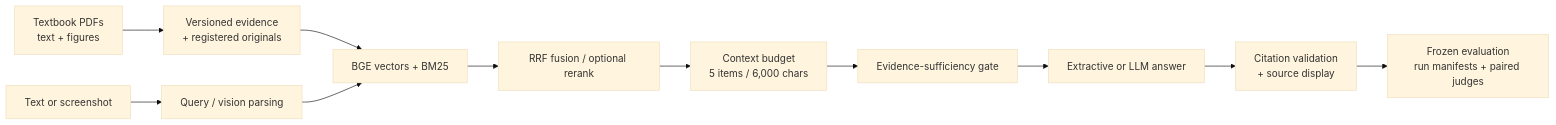
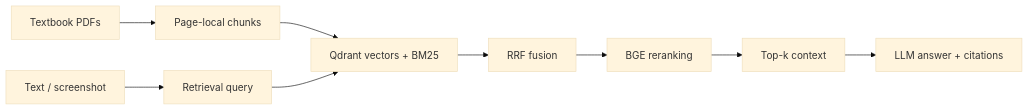
The diagram in README.md (YhxMo/medical-rag), drawn with Mermaid (base theme) before and after one commit. The commit also changed other lines of this file and 556 other files, not shown here.

Commit message:
feat: publish streamlined textbook RAG and evaluation records

````diff
--- a/README.md
+++ b/README.md
@@ -22,13 +10,11 @@
 ```mermaid
 flowchart LR
-  A[Textbook PDFs<br/>text + figures] --> B[Versioned evidence<br/>+ registered originals]
-  B --> C[BGE vectors + BM25]
-  Q[Text or screenshot] --> P[Query / vision parsing]
-  P --> C
-  C --> D[RRF fusion / optional rerank]
-  D --> E[Context budget<br/>5 items / 6,000 chars]
-  E --> F[Evidence-sufficiency gate]
-  F --> G[Extractive or LLM answer]
-  G --> H[Citation validation<br/>+ source display]
-  H --> I[Frozen evaluation<br/>run manifests + paired judges]
+    PDF[Textbook PDFs] --> Chunk[Page-local chunks]
+    Chunk --> Index[Qdrant vectors + BM25]
+    Q[Text / screenshot] --> Query[Retrieval query]
+    Query --> Index
+    Index --> RRF[RRF fusion]
+    RRF --> Rank[BGE reranking]
+    Rank --> Context[Top-k context]
+    Context --> Answer[LLM answer + citations]
 ```
````
